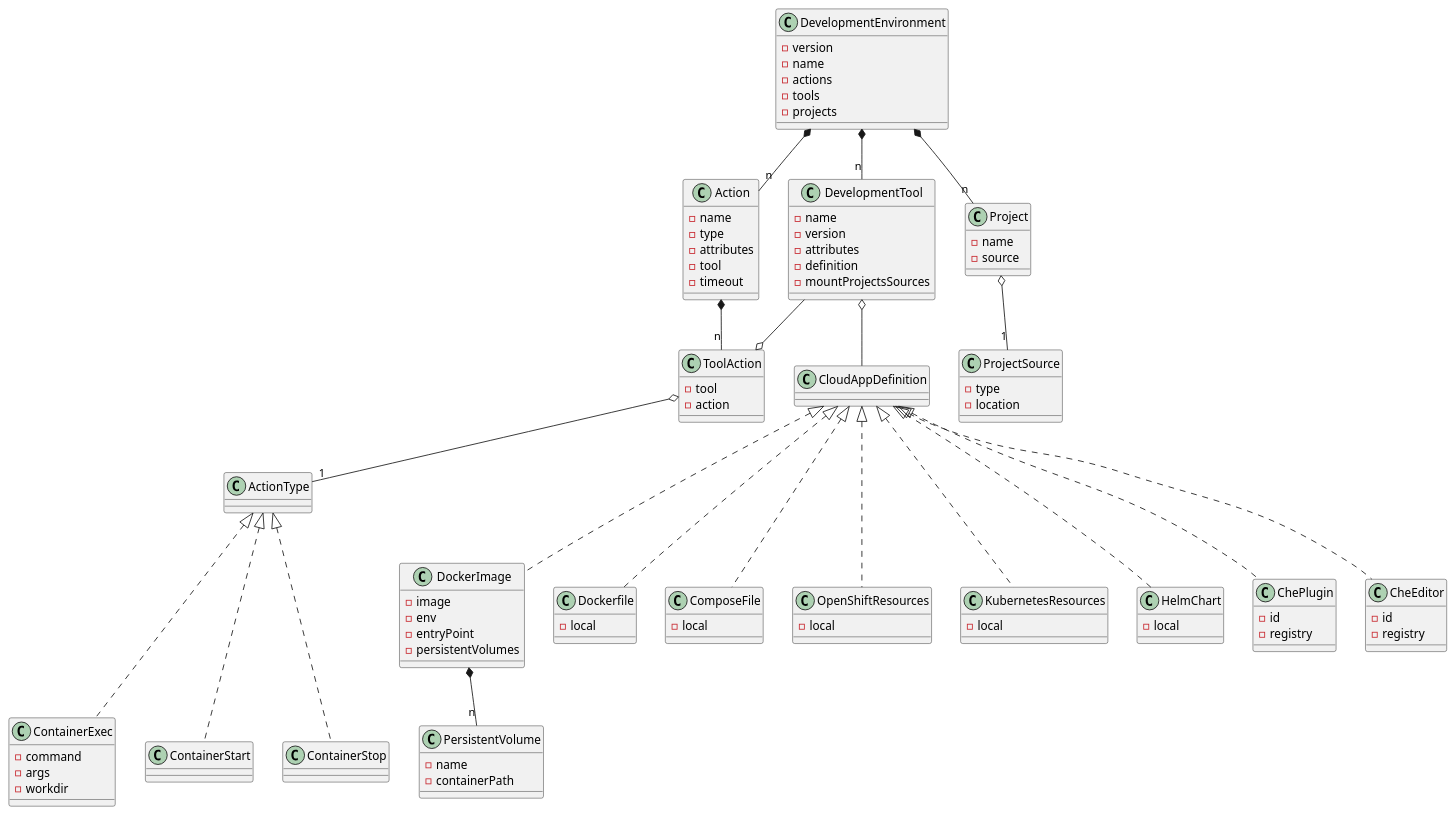
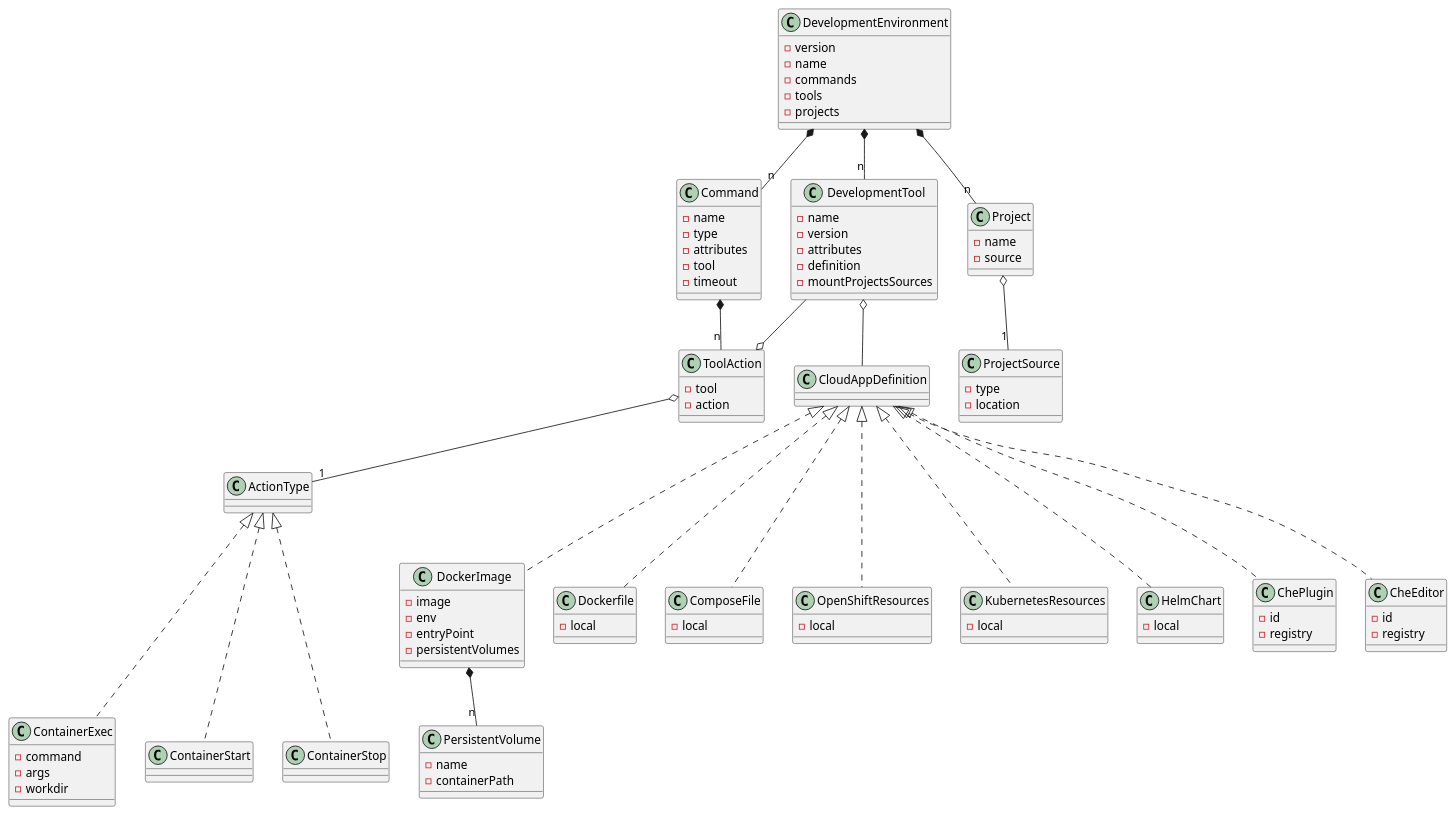
The diagram in devfile.plantuml (redhat-developer/devfile), drawn with PlantUML before and after one commit. The commit also changed 1 other file, not shown here.

Commit message:
A devfile has a list of commands and each command is composed by one or more actions

```diff
--- a/devfile.plantuml
+++ b/devfile.plantuml
@@ -1,135 +1,135 @@
 @startuml devfile
 
 class DevelopmentEnvironment {
   - version
   - name
-  - actions
+  - commands
   - tools
   - projects
 }
 
 together {
   class DevelopmentTool
-  class Action
+  class Command
   class Project
 }
 
 together {
   class ToolAction
   class CloudAppDefinition
 }
 
 DevelopmentEnvironment *-- "n" DevelopmentTool
-DevelopmentEnvironment *-- "n" Action
+DevelopmentEnvironment *-- "n" Command
 DevelopmentEnvironment *-- "n" Project
 
 class DevelopmentTool {
     - name
     - version
     - attributes
     - definition
     - mountProjectsSources
 }
 
 DevelopmentTool o-- CloudAppDefinition
 
 CloudAppDefinition <|-.. DockerImage
 CloudAppDefinition <|-.. Dockerfile
 CloudAppDefinition <|-.. ComposeFile
 CloudAppDefinition <|-.. OpenShiftResources
 CloudAppDefinition <|-.. KubernetesResources
 CloudAppDefinition <|-.. HelmChart
 CloudAppDefinition <|-.. ChePlugin
 CloudAppDefinition <|-.. CheEditor
 
-class Action {
+class Command {
   - name
   - type
   - attributes
   - tool
   - timeout
 }
 
-Action *-- "n" ToolAction
+Command *-- "n" ToolAction
 ToolAction o-- DevelopmentTool
 
 class ToolAction {
   - tool
   - action
 }
 
 ToolAction o-- "1" ActionType
 
 ActionType <|-..ContainerExec
 ActionType <|-..ContainerStart
 ActionType <|-..ContainerStop
 
 together {
   class ContainerExec
   class ContainerStart
   class ContainerStop
 }
 
 class ContainerExec {
   - command
   - args
   - workdir
 }
 
 class Project {
   - name
   - source
 }
 
 Project o-- "1" ProjectSource
 
 class ProjectSource {
   - type
   - location
 }
 
 class DockerImage {
   - image
   - env
   - entryPoint
   - persistentVolumes
 }
 
 DockerImage *-- "n" PersistentVolume
 
 class PersistentVolume {
   - name
   - containerPath
 }
 
 class ComposeFile {
   - local
 }
 
 class Dockerfile {
   - local
 }
 
 class OpenShiftResources {
   - local
 }
 
 class KubernetesResources {
   - local
 }
 
 class HelmChart {
   - local
 }
 
 class ChePlugin {
   - id
   - registry
 }
 
 class CheEditor {
   - id
   - registry
 }
 
 @enduml
```
